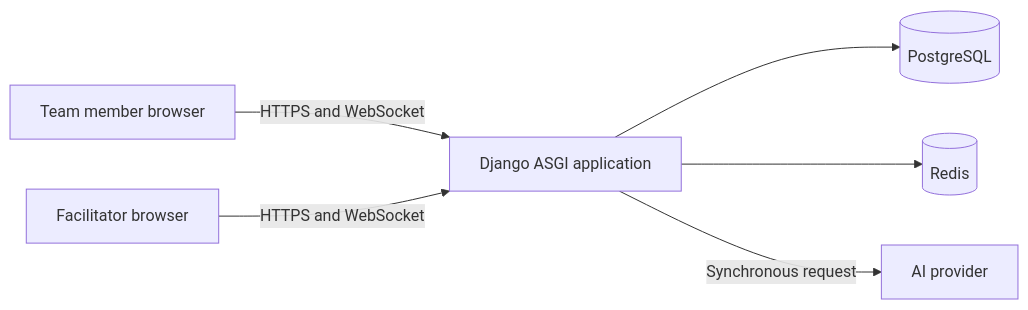
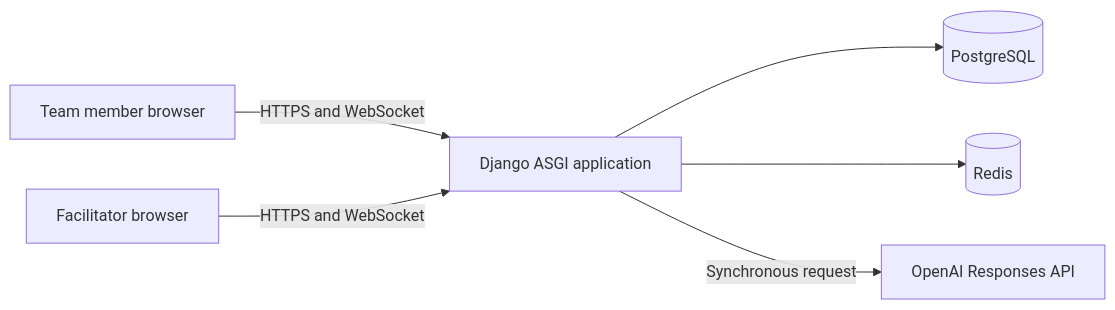
Before and after one commit to SaraSun01/retro-signal: the first of 4 diagrams in _docs/architecture.md, drawn with Mermaid. The commit also changed other lines of this file, not shown here.

Commit message:
Use OpenAI for AI integration

````diff
--- a/_docs/architecture.md
+++ b/_docs/architecture.md
@@ -34,15 +34,15 @@
 ```mermaid
 flowchart LR
     Member[Team member browser]
     Facilitator[Facilitator browser]
     Web[Django ASGI application]
     DB[(PostgreSQL)]
     Redis[(Redis)]
-    AI[AI provider]
+    AI[OpenAI Responses API]
 
     Member -->|HTTPS and WebSocket| Web
     Facilitator -->|HTTPS and WebSocket| Web
     Web --> DB
     Web --> Redis
     Web -->|Synchronous request| AI
 ```
````
